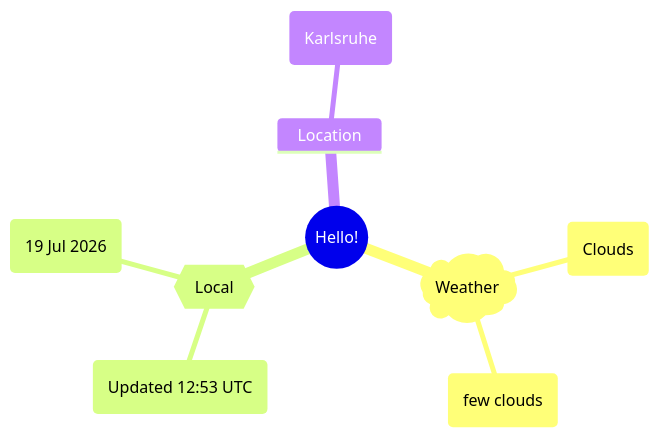
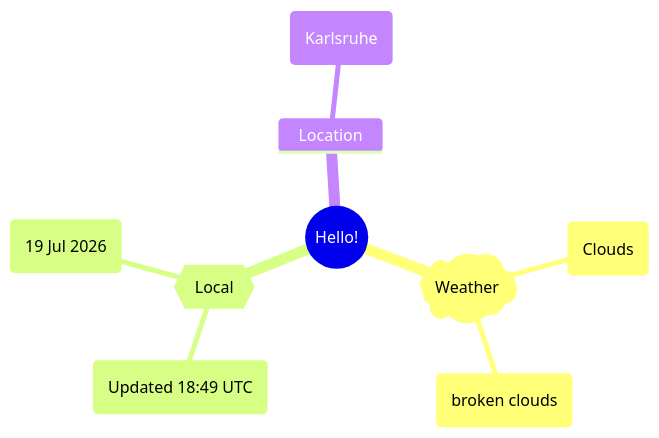
One commit to Xosrov/Xosrov changed the first of 2 diagrams in README.md. Above: the diagram before and after it, drawn with Mermaid.

Commit message:
[bot] updated images

````diff
--- a/README.md
+++ b/README.md
@@ -3,12 +3,12 @@
 ```mermaid
 mindmap
   root((Hello!))
     )Weather(
         (Clouds)
-        (few clouds)
+        (broken clouds)
     {{Local}}
-        (Updated 12:53 UTC)
+        (Updated 18:49 UTC)
         (19 Jul 2026)
     Location
         (Karlsruhe)
 ```
````
